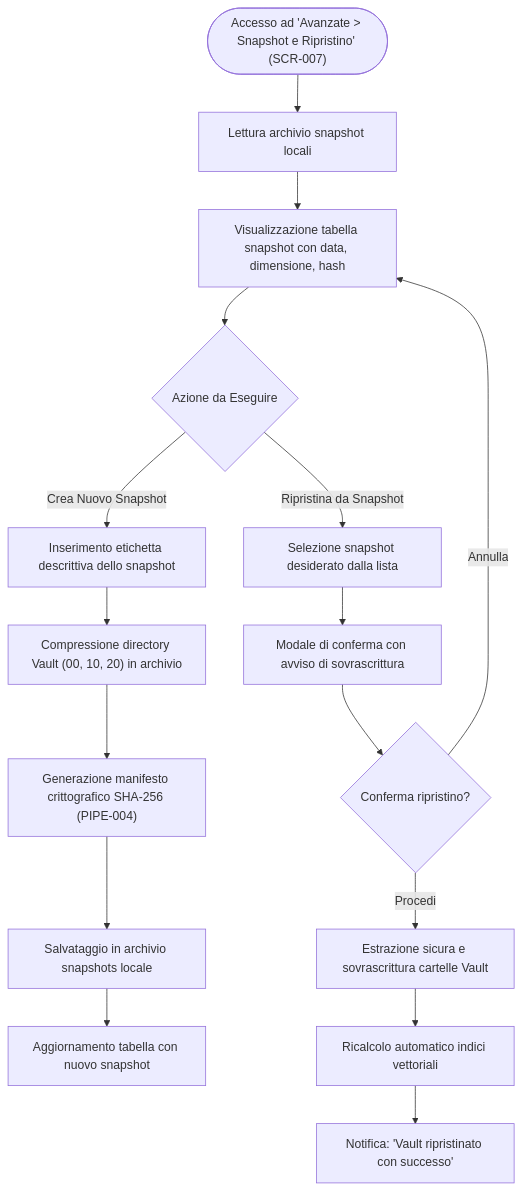
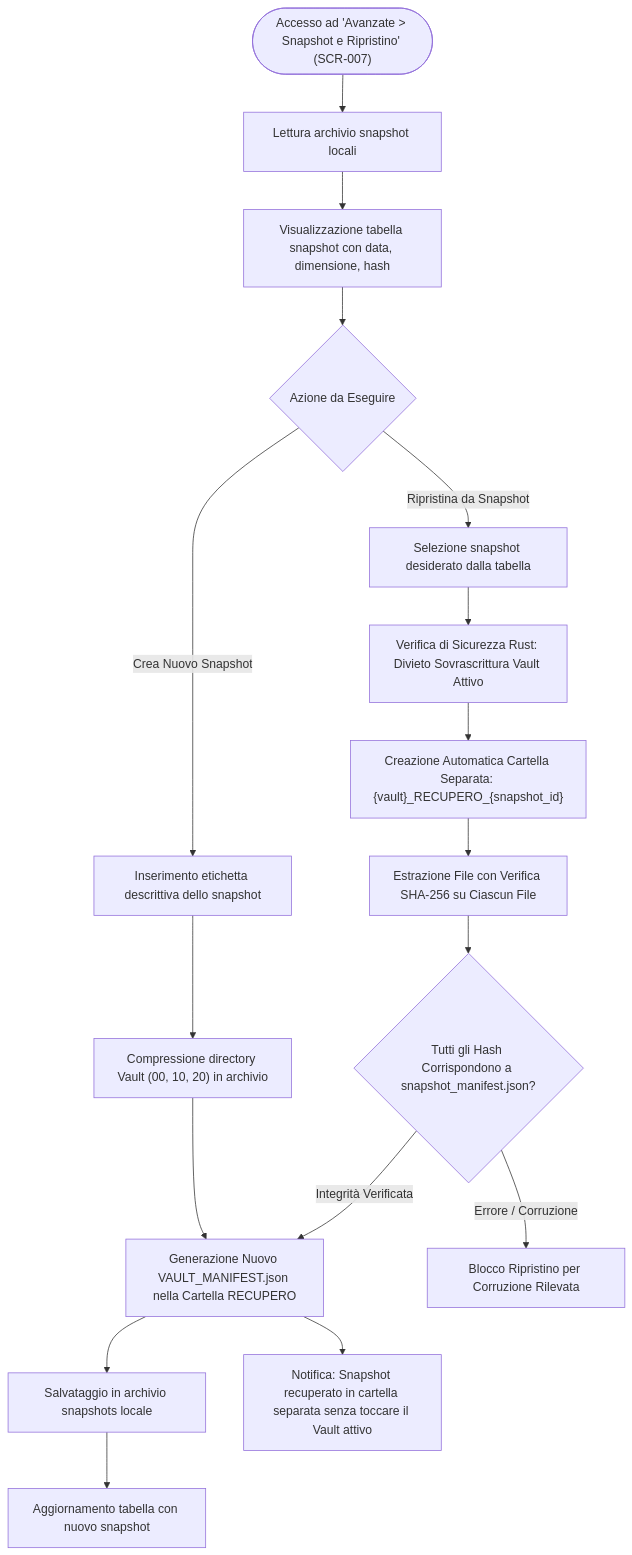
Before and after one commit to Arkai-Italia/Limen-vault: the diagram in DOCUMENTATION_SOURCE_PACKAGE/04_MERMAID/WF-007.mmd, drawn with Mermaid. The commit also changed 41 other files, not shown here.

```diff
--- a/DOCUMENTATION_SOURCE_PACKAGE/04_MERMAID/WF-007.mmd
+++ b/DOCUMENTATION_SOURCE_PACKAGE/04_MERMAID/WF-007.mmd
@@ -1,19 +1,20 @@
 graph TD
     Trigger(["Accesso ad 'Avanzate > Snapshot e Ripristino' (SCR-007)"]) --> FetchSnapshots["Lettura archivio snapshot locali"]
     FetchSnapshots --> DisplaySnapshots["Visualizzazione tabella snapshot con data, dimensione, hash"]
 
     DisplaySnapshots --> Choice{"Azione da Eseguire"}
 
     Choice -->|Crea Nuovo Snapshot| InputName["Inserimento etichetta descrittiva dello snapshot"]
     InputName --> PackVault["Compressione directory Vault (00, 10, 20) in archivio"]
     PackVault --> GenManifest["Generazione manifesto crittografico SHA-256 (PIPE-004)"]
     GenManifest --> SaveArchive["Salvataggio in archivio snapshots locale"]
     SaveArchive --> RefreshList["Aggiornamento tabella con nuovo snapshot"]
 
-    Choice -->|Ripristina da Snapshot| SelectSnapshot["Selezione snapshot desiderato dalla lista"]
-    SelectSnapshot --> WarningModal["Modale di conferma con avviso di sovrascrittura"]
-    WarningModal --> Confirm{"Conferma ripristino?"}
-    Confirm -->|Annulla| DisplaySnapshots
-    Confirm -->|Procedi| ExtractArchive["Estrazione sicura e sovrascrittura cartelle Vault"]
-    ExtractArchive --> Reindex["Ricalcolo automatico indici vettoriali"]
-    Reindex --> SuccessToast["Notifica: 'Vault ripristinato con successo'"]
+    Choice -->|Ripristina da Snapshot| SelectSnapshot["Selezione snapshot desiderato dalla tabella"]
+    SelectSnapshot --> SafetyCheck["Verifica di Sicurezza Rust: Divieto Sovrascrittura Vault Attivo"]
+    SafetyCheck --> CreateDestDir["Creazione Automatica Cartella Separata: {vault}_RECUPERO_{snapshot_id}"]
+    CreateDestDir --> ExtractFiles["Estrazione File con Verifica SHA-256 su Ciascun File"]
+    ExtractFiles --> VerifyHashes{"Tutti gli Hash Corrispondono a snapshot_manifest.json?"}
+    VerifyHashes -->|Errore / Corruzione| AbortRestore["Blocco Ripristino per Corruzione Rilevata"]
+    VerifyHashes -->|Integrità Verificata| GenManifest["Generazione Nuovo VAULT_MANIFEST.json nella Cartella RECUPERO"]
+    GenManifest --> SuccessToast["Notifica: Snapshot recuperato in cartella separata senza toccare il Vault attivo"]
```
